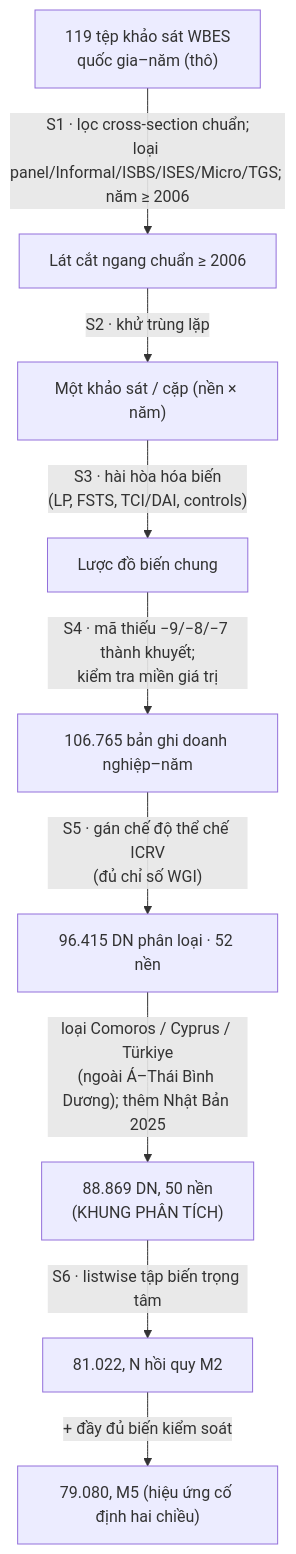
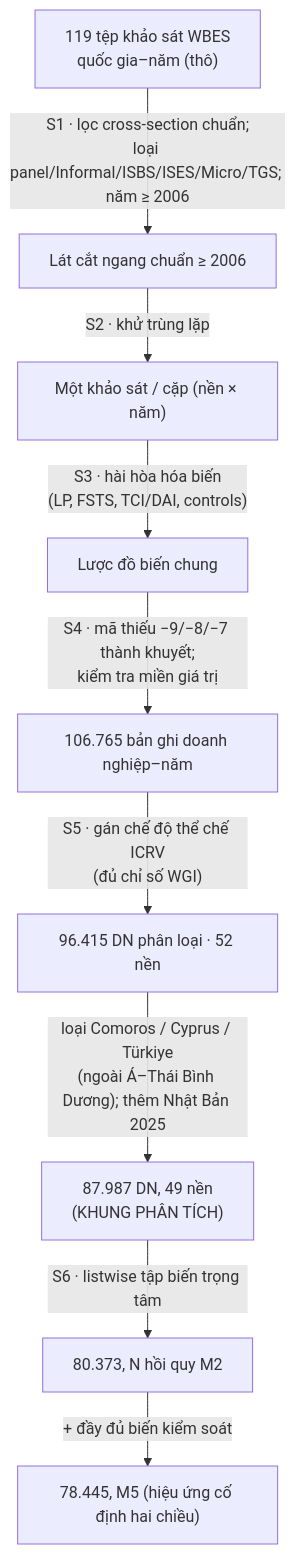
Before and after one commit to thuyhuongctu-cell/my_thesis_phd_candidate_26: the diagram in thesis/phu_luc_A_hop_nhat_du_lieu_vi.md, drawn with Mermaid. The commit also changed other lines of this file and 35 other files, not shown here.

````diff
--- a/thesis/phu_luc_A_hop_nhat_du_lieu_vi.md
+++ b/thesis/phu_luc_A_hop_nhat_du_lieu_vi.md
@@ -75,11 +75,11 @@
 ```mermaid
 flowchart TD
     A["119 tệp khảo sát WBES<br/>quốc gia–năm (thô)"] -->|"S1 · lọc cross-section chuẩn;<br/>loại panel/Informal/ISBS/ISES/Micro/TGS; năm ≥ 2006"| B["Lát cắt ngang chuẩn ≥ 2006"]
     B -->|"S2 · khử trùng lặp"| C["Một khảo sát / cặp (nền × năm)"]
     C -->|"S3 · hài hòa hóa biến<br/>(LP, FSTS, TCI/DAI, controls)"| D["Lược đồ biến chung"]
     D -->|"S4 · mã thiếu −9/−8/−7 thành khuyết;<br/>kiểm tra miền giá trị"| E["106.765 bản ghi doanh nghiệp–năm"]
     E -->|"S5 · gán chế độ thể chế ICRV<br/>(đủ chỉ số WGI)"| F["96.415 DN phân loại · 52 nền"]
-    F -->|"loại Comoros / Cyprus / Türkiye<br/>(ngoài Á–Thái Bình Dương); thêm Nhật Bản 2025"| G["88.869 DN, 50 nền<br/>(KHUNG PHÂN TÍCH)"]
-    G -->|"S6 · listwise tập biến trọng tâm"| H["81.022, N hồi quy M2"]
-    H -->|"+ đầy đủ biến kiểm soát"| I["79.080, M5 (hiệu ứng cố định hai chiều)"]
+    F -->|"loại Comoros / Cyprus / Türkiye<br/>(ngoài Á–Thái Bình Dương); thêm Nhật Bản 2025"| G["87.987 DN, 49 nền<br/>(KHUNG PHÂN TÍCH)"]
+    G -->|"S6 · listwise tập biến trọng tâm"| H["80.373, N hồi quy M2"]
+    H -->|"+ đầy đủ biến kiểm soát"| I["78.445, M5 (hiệu ứng cố định hai chiều)"]
 ```
````
